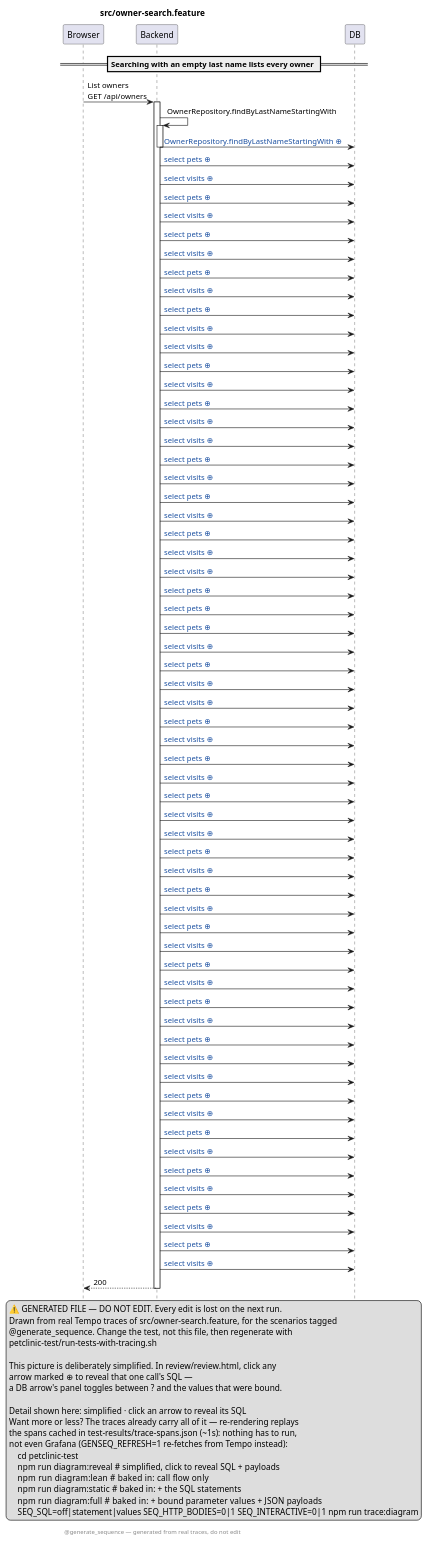
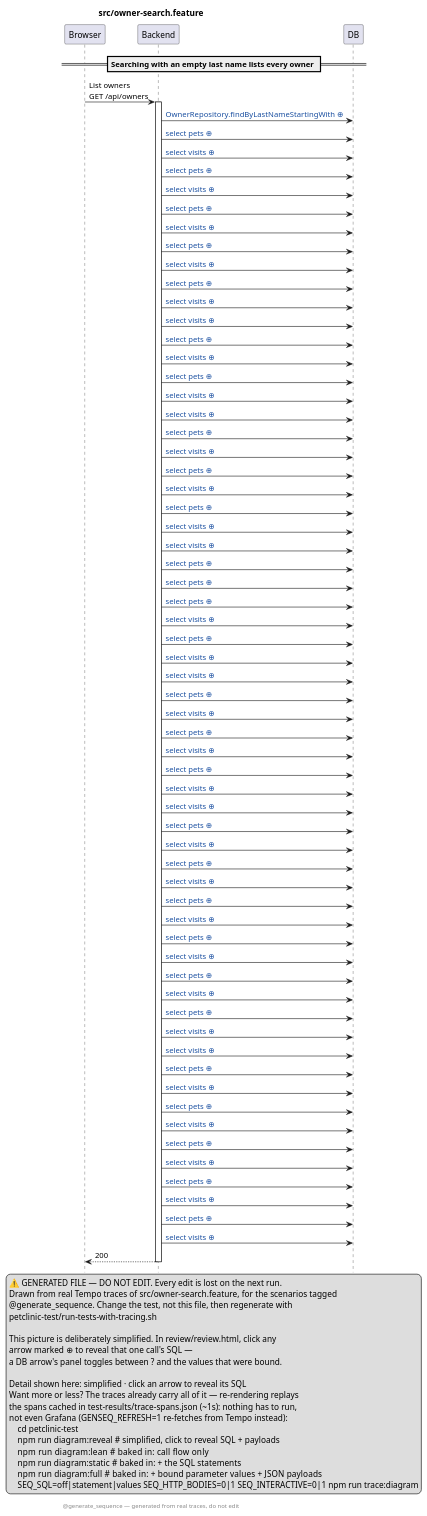
One commit to victorrentea/petclinic changed the diagram in petclinic-test/src/owner-search.feature.genseq.puml. Above: the diagram before and after it, drawn with PlantUML. The commit also changed 3 other files, not shown here.

First line of the commit message:
docs(diagrams): regenerate from a traced run, for the renderer above

```diff
--- a/petclinic-test/src/owner-search.feature.genseq.puml
+++ b/petclinic-test/src/owner-search.feature.genseq.puml
@@ -1,101 +1,98 @@
 @startuml
 ' ⚠️  GENERATED FILE — DO NOT EDIT. Every edit is lost on the next run.
 hide footbox
 skinparam hyperlinkUnderline false
 skinparam hyperlinkColor #1A4FA0
 title src/owner-search.feature
 legend right
   ⚠️  GENERATED FILE — DO NOT EDIT. Every edit is lost on the next run.
   Drawn from real Tempo traces of src/owner-search.feature, for the scenarios tagged
   @generate_sequence. Change the test, not this file, then regenerate with
   petclinic-test/run-tests-with-tracing.sh
  
   This picture is deliberately simplified. In review/review.html, click any
   arrow marked ⊕ to reveal that one call's SQL —
   a DB arrow's panel toggles between ? and the values that were bound.
  
   Detail shown here: simplified · click an arrow to reveal its SQL
   Want more or less? The traces already carry all of it — re-rendering replays
   the spans cached in test-results/trace-spans.json (~1s): nothing has to run,
   not even Grafana (GENSEQ_REFRESH=1 re-fetches from Tempo instead):
       cd petclinic-test
       npm run diagram:reveal  # simplified, click to reveal SQL + payloads
       npm run diagram:lean    # baked in: call flow only
       npm run diagram:static  # baked in: + the SQL statements
       npm run diagram:full    # baked in: + bound parameter values + JSON payloads
       SEQ_SQL=off|statement|values SEQ_HTTP_BODIES=0|1 SEQ_INTERACTIVE=0|1 npm run trace:diagram
 end legend
 footer @generate_sequence — generated from real traces, do not edit
 participant Browser
 participant Backend
 participant DB
 == Searching with an empty last name lists every owner ==
 Browser -> Backend: List owners\nGET /api/owners
 activate Backend
-Backend -> Backend: OwnerRepository.findByLastNameStartingWith
-activate Backend
-Backend -> DB: [[genseq://143xe0l{Click for the statement behind this call} OwnerRepository.findByLastNameStartingWith ⊕]]
-deactivate Backend
-Backend -> DB: [[genseq://030w0nk{Click for the statement behind this call} select pets ⊕]]
-Backend -> DB: [[genseq://10rnkt2{Click for the statement behind this call} select visits ⊕]]
-Backend -> DB: [[genseq://12cxbed{Click for the statement behind this call} select pets ⊕]]
-Backend -> DB: [[genseq://1rd5zab{Click for the statement behind this call} select visits ⊕]]
-Backend -> DB: [[genseq://1lhvte6{Click for the statement behind this call} select pets ⊕]]
-Backend -> DB: [[genseq://0qfwtjs{Click for the statement behind this call} select visits ⊕]]
-Backend -> DB: [[genseq://0ro48t7{Click for the statement behind this call} select pets ⊕]]
-Backend -> DB: [[genseq://12kju0t{Click for the statement behind this call} select visits ⊕]]
-Backend -> DB: [[genseq://15zzto4{Click for the statement behind this call} select pets ⊕]]
-Backend -> DB: [[genseq://1d8mwan{Click for the statement behind this call} select visits ⊕]]
-Backend -> DB: [[genseq://15xst9u{Click for the statement behind this call} select visits ⊕]]
-Backend -> DB: [[genseq://13iqjmh{Click for the statement behind this call} select pets ⊕]]
-Backend -> DB: [[genseq://1jqi6is{Click for the statement behind this call} select visits ⊕]]
-Backend -> DB: [[genseq://0xadwiq{Click for the statement behind this call} select pets ⊕]]
-Backend -> DB: [[genseq://0e2q2mr{Click for the statement behind this call} select visits ⊕]]
-Backend -> DB: [[genseq://07l8tbd{Click for the statement behind this call} select visits ⊕]]
-Backend -> DB: [[genseq://0anjtf3{Click for the statement behind this call} select pets ⊕]]
-Backend -> DB: [[genseq://0vgb18m{Click for the statement behind this call} select visits ⊕]]
-Backend -> DB: [[genseq://1a2kb0l{Click for the statement behind this call} select pets ⊕]]
-Backend -> DB: [[genseq://14j6gcx{Click for the statement behind this call} select visits ⊕]]
-Backend -> DB: [[genseq://03vz36o{Click for the statement behind this call} select pets ⊕]]
-Backend -> DB: [[genseq://06ywl4f{Click for the statement behind this call} select visits ⊕]]
-Backend -> DB: [[genseq://04olwto{Click for the statement behind this call} select visits ⊕]]
-Backend -> DB: [[genseq://07iavpj{Click for the statement behind this call} select pets ⊕]]
-Backend -> DB: [[genseq://0ubcut6{Click for the statement behind this call} select pets ⊕]]
-Backend -> DB: [[genseq://14wf2jt{Click for the statement behind this call} select pets ⊕]]
-Backend -> DB: [[genseq://11b7ehu{Click for the statement behind this call} select visits ⊕]]
-Backend -> DB: [[genseq://051sbes{Click for the statement behind this call} select pets ⊕]]
-Backend -> DB: [[genseq://1vbxktp{Click for the statement behind this call} select visits ⊕]]
-Backend -> DB: [[genseq://0ajia2w{Click for the statement behind this call} select visits ⊕]]
-Backend -> DB: [[genseq://0spf7cb{Click for the statement behind this call} select pets ⊕]]
-Backend -> DB: [[genseq://17a5byz{Click for the statement behind this call} select visits ⊕]]
-Backend -> DB: [[genseq://18fvxsu{Click for the statement behind this call} select pets ⊕]]
-Backend -> DB: [[genseq://1ihzpvy{Click for the statement behind this call} select visits ⊕]]
-Backend -> DB: [[genseq://1s675dp{Click for the statement behind this call} select pets ⊕]]
-Backend -> DB: [[genseq://0rcydce{Click for the statement behind this call} select visits ⊕]]
-Backend -> DB: [[genseq://1wkauqj{Click for the statement behind this call} select visits ⊕]]
-Backend -> DB: [[genseq://1g1mcig{Click for the statement behind this call} select pets ⊕]]
-Backend -> DB: [[genseq://0bv2dmc{Click for the statement behind this call} select visits ⊕]]
-Backend -> DB: [[genseq://08flhmc{Click for the statement behind this call} select pets ⊕]]
-Backend -> DB: [[genseq://09dt3kp{Click for the statement behind this call} select visits ⊕]]
-Backend -> DB: [[genseq://05yc7kp{Click for the statement behind this call} select pets ⊕]]
-Backend -> DB: [[genseq://1y68i7e{Click for the statement behind this call} select visits ⊕]]
-Backend -> DB: [[genseq://0nxhhce{Click for the statement behind this call} select pets ⊕]]
-Backend -> DB: [[genseq://02pc187{Click for the statement behind this call} select visits ⊕]]
-Backend -> DB: [[genseq://1t4tyqj{Click for the statement behind this call} select pets ⊕]]
-Backend -> DB: [[genseq://17x2mkw{Click for the statement behind this call} select visits ⊕]]
-Backend -> DB: [[genseq://14hlqkw{Click for the statement behind this call} select pets ⊕]]
-Backend -> DB: [[genseq://0500thi{Click for the statement behind this call} select visits ⊕]]
-Backend -> DB: [[genseq://087zvcl{Click for the statement behind this call} select visits ⊕]]
-Backend -> DB: [[genseq://04sizcl{Click for the statement behind this call} select pets ⊕]]
-Backend -> DB: [[genseq://19oruhf{Click for the statement behind this call} select visits ⊕]]
-Backend -> DB: [[genseq://1uqrm7e{Click for the statement behind this call} select pets ⊕]]
-Backend -> DB: [[genseq://01hioeh{Click for the statement behind this call} select visits ⊕]]
-Backend -> DB: [[genseq://1yaz77b{Click for the statement behind this call} select pets ⊕]]
-Backend -> DB: [[genseq://1guqvms{Click for the statement behind this call} select visits ⊕]]
-Backend -> DB: [[genseq://0xjxxgs{Click for the statement behind this call} select pets ⊕]]
-Backend -> DB: [[genseq://0c5lqob{Click for the statement behind this call} select visits ⊕]]
-Backend -> DB: [[genseq://0wu9h9z{Click for the statement behind this call} select pets ⊕]]
-Backend -> DB: [[genseq://0wpngrl{Click for the statement behind this call} select visits ⊕]]
+Backend -> DB: [[genseq://1aoufu2{Click for the statement behind this call} OwnerRepository.findByLastNameStartingWith ⊕]]
+Backend -> DB: [[genseq://1hjadar{Click for the statement behind this call} select pets ⊕]]
+Backend -> DB: [[genseq://1cdku0l{Click for the statement behind this call} select visits ⊕]]
+Backend -> DB: [[genseq://1ywvbwm{Click for the statement behind this call} select pets ⊕]]
+Backend -> DB: [[genseq://0d1jj9s{Click for the statement behind this call} select visits ⊕]]
+Backend -> DB: [[genseq://0zrdtil{Click for the statement behind this call} select pets ⊕]]
+Backend -> DB: [[genseq://11orrff{Click for the statement behind this call} select visits ⊕]]
+Backend -> DB: [[genseq://1e02kqw{Click for the statement behind this call} select pets ⊕]]
+Backend -> DB: [[genseq://1vijc0e{Click for the statement behind this call} select visits ⊕]]
+Backend -> DB: [[genseq://1afgvsf{Click for the statement behind this call} select pets ⊕]]
+Backend -> DB: [[genseq://1g0ncac{Click for the statement behind this call} select visits ⊕]]
+Backend -> DB: [[genseq://1dje28p{Click for the statement behind this call} select visits ⊕]]
+Backend -> DB: [[genseq://05qnn6q{Click for the statement behind this call} select pets ⊕]]
+Backend -> DB: [[genseq://0ko7c1b{Click for the statement behind this call} select visits ⊕]]
+Backend -> DB: [[genseq://04yaot5{Click for the statement behind this call} select pets ⊕]]
+Backend -> DB: [[genseq://0g653ka{Click for the statement behind this call} select visits ⊕]]
+Backend -> DB: [[genseq://17b1f4y{Click for the statement behind this call} select visits ⊕]]
+Backend -> DB: [[genseq://0j0trn8{Click for the statement behind this call} select pets ⊕]]
+Backend -> DB: [[genseq://16xt6fr{Click for the statement behind this call} select visits ⊕]]
+Backend -> DB: [[genseq://0qutb9k{Click for the statement behind this call} select pets ⊕]]
+Backend -> DB: [[genseq://005pv1s{Click for the statement behind this call} select visits ⊕]]
+Backend -> DB: [[genseq://0ow5hm5{Click for the statement behind this call} select pets ⊕]]
+Backend -> DB: [[genseq://1v91y5q{Click for the statement behind this call} select visits ⊕]]
+Backend -> DB: [[genseq://0jndtsl{Click for the statement behind this call} select visits ⊕]]
+Backend -> DB: [[genseq://1twjd9e{Click for the statement behind this call} select pets ⊕]]
+Backend -> DB: [[genseq://179pa5r{Click for the statement behind this call} select pets ⊕]]
+Backend -> DB: [[genseq://0spdoa4{Click for the statement behind this call} select pets ⊕]]
+Backend -> DB: [[genseq://112wt6j{Click for the statement behind this call} select visits ⊕]]
+Backend -> DB: [[genseq://1rv9amp{Click for the statement behind this call} select pets ⊕]]
+Backend -> DB: [[genseq://0s7bw5w{Click for the statement behind this call} select visits ⊕]]
+Backend -> DB: [[genseq://0q2g6ih{Click for the statement behind this call} select visits ⊕]]
+Backend -> DB: [[genseq://1vr3q9y{Click for the statement behind this call} select pets ⊕]]
+Backend -> DB: [[genseq://07widtu{Click for the statement behind this call} select visits ⊕]]
+Backend -> DB: [[genseq://11eqpar{Click for the statement behind this call} select pets ⊕]]
+Backend -> DB: [[genseq://1vvzxvz{Click for the statement behind this call} select visits ⊕]]
+Backend -> DB: [[genseq://0zn1he8{Click for the statement behind this call} select pets ⊕]]
+Backend -> DB: [[genseq://0nzx8gf{Click for the statement behind this call} select visits ⊕]]
+Backend -> DB: [[genseq://1hnj4n6{Click for the statement behind this call} select visits ⊕]]
+Backend -> DB: [[genseq://1yz2s51{Click for the statement behind this call} select pets ⊕]]
+Backend -> DB: [[genseq://106x3nx{Click for the statement behind this call} select visits ⊕]]
+Backend -> DB: [[genseq://1ui76yh{Click for the statement behind this call} select pets ⊕]]
+Backend -> DB: [[genseq://125n4x4{Click for the statement behind this call} select visits ⊕]]
+Backend -> DB: [[genseq://1wn2wlw{Click for the statement behind this call} select pets ⊕]]
+Backend -> DB: [[genseq://0p5qgoj{Click for the statement behind this call} select visits ⊕]]
+Backend -> DB: [[genseq://06hjrnf{Click for the statement behind this call} select pets ⊕]]
+Backend -> DB: [[genseq://1chbokm{Click for the statement behind this call} select visits ⊕]]
+Backend -> DB: [[genseq://10nowmm{Click for the statement behind this call} select pets ⊕]]
+Backend -> DB: [[genseq://1s8lcdt{Click for the statement behind this call} select visits ⊕]]
+Backend -> DB: [[genseq://1o34u8l{Click for the statement behind this call} select pets ⊕]]
+Backend -> DB: [[genseq://1xe5lsn{Click for the statement behind this call} select visits ⊕]]
+Backend -> DB: [[genseq://18kphn0{Click for the statement behind this call} select visits ⊕]]
+Backend -> DB: [[genseq://14lgvhs{Click for the statement behind this call} select pets ⊕]]
+Backend -> DB: [[genseq://1dn4wsq{Click for the statement behind this call} select visits ⊕]]
+Backend -> DB: [[genseq://0ccg4wn{Click for the statement behind this call} select pets ⊕]]
+Backend -> DB: [[genseq://1w0jtro{Click for the statement behind this call} select visits ⊕]]
+Backend -> DB: [[genseq://1klw40a{Click for the statement behind this call} select pets ⊕]]
+Backend -> DB: [[genseq://1tjajq1{Click for the statement behind this call} select visits ⊕]]
+Backend -> DB: [[genseq://1m8kh81{Click for the statement behind this call} select pets ⊕]]
+Backend -> DB: [[genseq://0chbrim{Click for the statement behind this call} select visits ⊕]]
+Backend -> DB: [[genseq://18567ho{Click for the statement behind this call} select pets ⊕]]
+Backend -> DB: [[genseq://13apewa{Click for the statement behind this call} select visits ⊕]]
 Backend --> Browser: 200
 deactivate Backend
 @enduml
```
